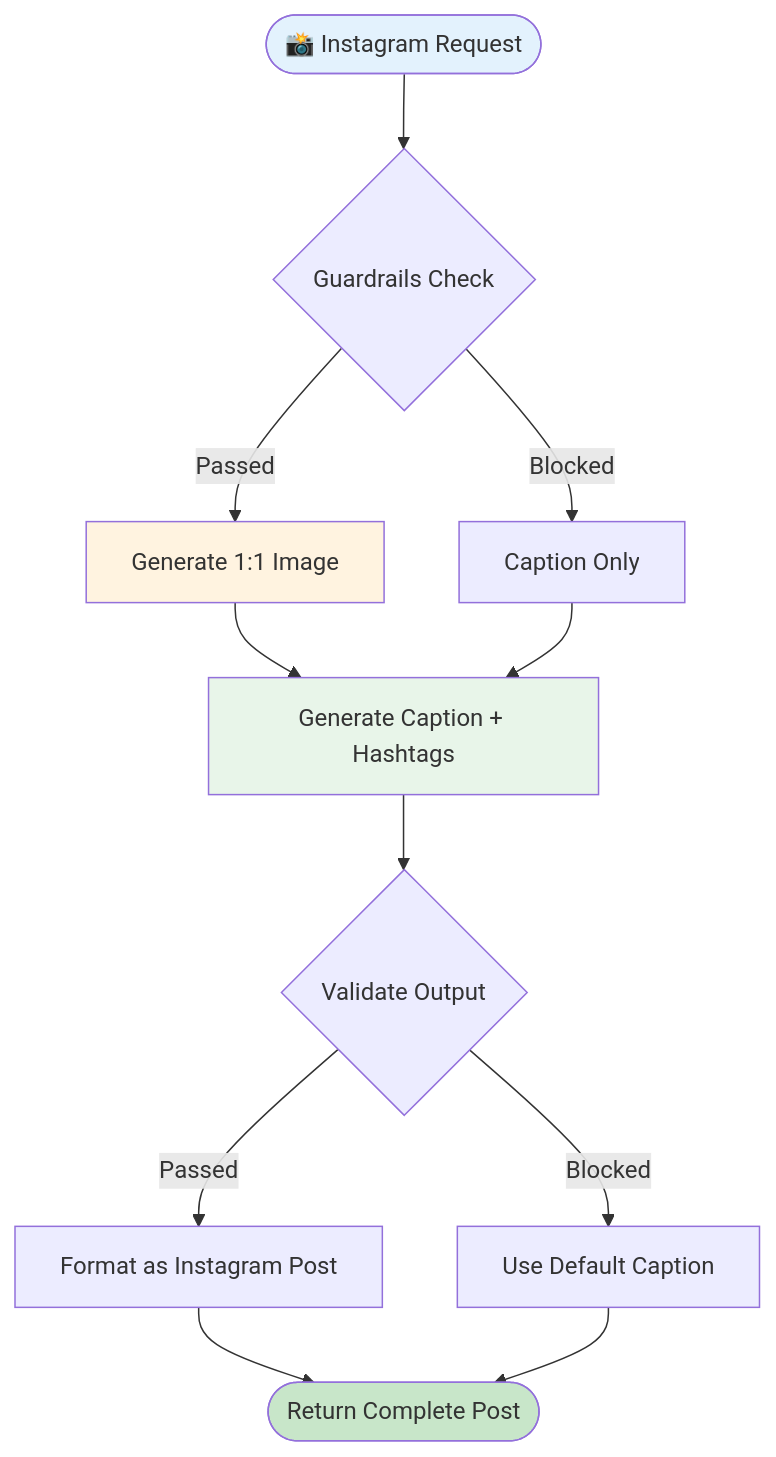
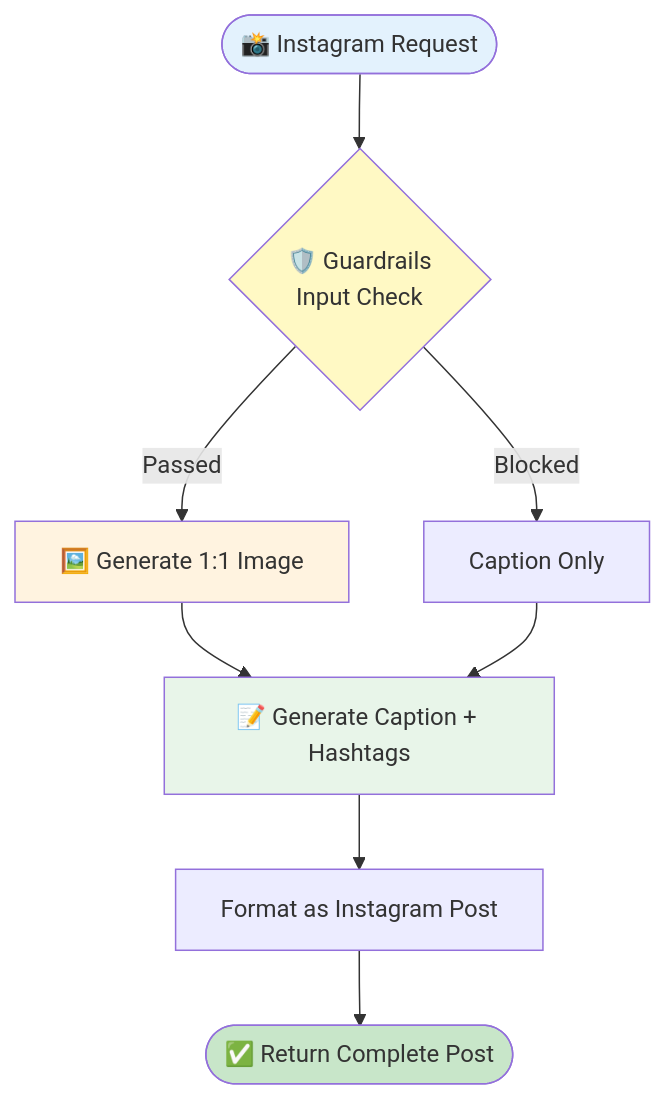
One commit to jayanthanantharaman/reach changed the third of 3 diagrams in docs/langgraph_flowchart.md. Above: the diagram before and after it, drawn with Mermaid. The commit also changed other lines of this file and 2 other files, not shown here.

Commit message:
REACH - Updated guardrails flow

````diff
--- a/docs/langgraph_flowchart.md
+++ b/docs/langgraph_flowchart.md
@@ -144,18 +147,16 @@
 ```mermaid
 flowchart TD
-    START([📸 Instagram Request]) --> CHECK{Guardrails Check}
-    CHECK -->|Passed| IMAGE[Generate 1:1 Image]
+    START([📸 Instagram Request]) --> CHECK{🛡️ Guardrails<br/>Input Check}
+    CHECK -->|Passed| IMAGE[🖼️ Generate 1:1 Image]
     CHECK -->|Blocked| CAPTION_ONLY[Caption Only]
-    IMAGE --> CAPTION[Generate Caption + Hashtags]
+    IMAGE --> CAPTION[📝 Generate Caption + Hashtags]
     CAPTION_ONLY --> CAPTION
-    CAPTION --> VALIDATE{Validate Output}
-    VALIDATE -->|Passed| FORMAT[Format as Instagram Post]
-    VALIDATE -->|Blocked| DEFAULT[Use Default Caption]
-    FORMAT --> RETURN([Return Complete Post])
-    DEFAULT --> RETURN
+    CAPTION --> FORMAT[Format as Instagram Post]
+    FORMAT --> RETURN([✅ Return Complete Post])
     
     style START fill:#e3f2fd
+    style CHECK fill:#fff9c4
     style IMAGE fill:#fff3e0
     style CAPTION fill:#e8f5e9
     style RETURN fill:#c8e6c9
 ```
````
